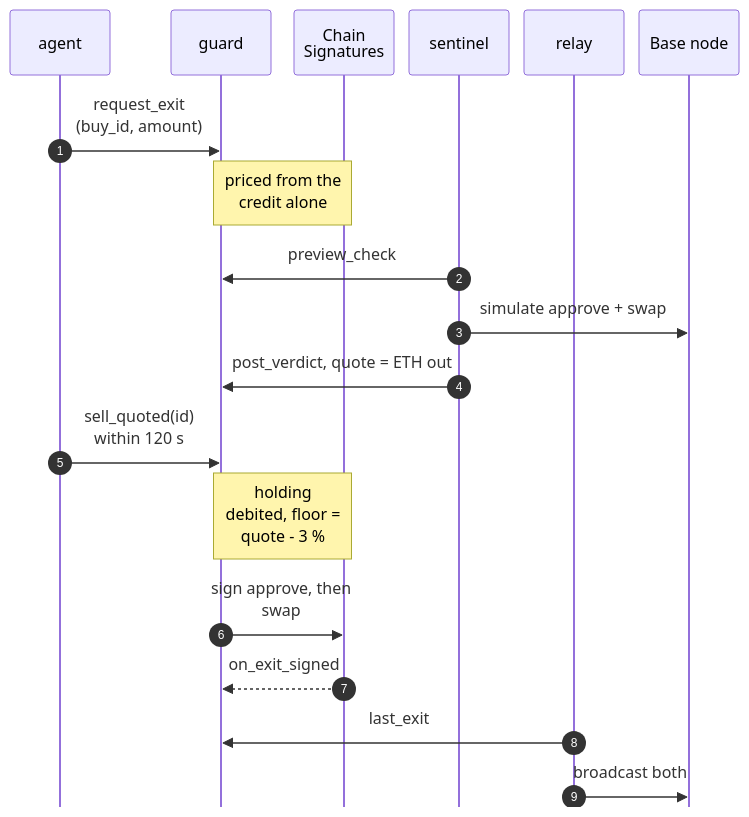
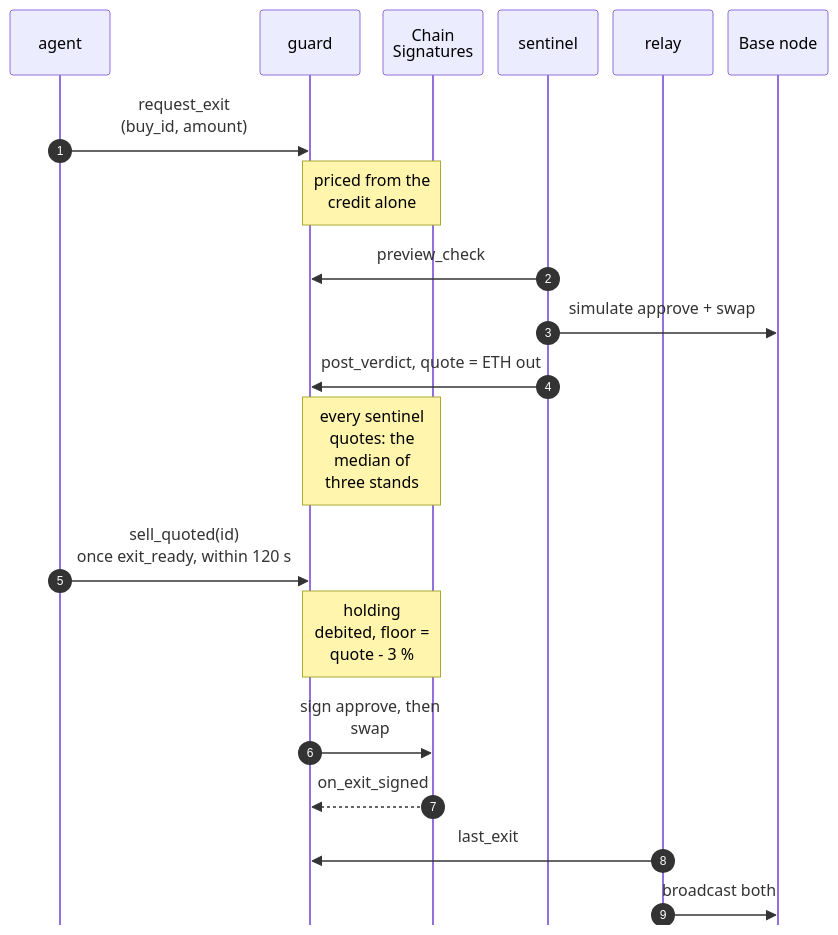
One commit to cmoron/near-preflight changed the third of 3 diagrams in docs/architecture.md. Above: the diagram before and after it, drawn with Mermaid. The commit also changed other lines of this file and 15 other files, not shown here.

````diff
--- a/docs/architecture.md
+++ b/docs/architecture.md
@@ -91,22 +91,23 @@
 ```mermaid
 %%{init: {"sequence": {"mirrorActors": false, "wrap": true, "width": 100, "actorMargin": 15, "messageFontSize": 15, "noteFontSize": 14, "actorFontSize": 15}}}%%
 sequenceDiagram
     autonumber
     participant A as agent
     participant G as guard
     participant M as Chain Signatures
     participant S as sentinel
     participant R as relay
     participant B as Base node
     A->>G: request_exit<br/>(buy_id, amount)
     Note over G,M: priced from the credit alone
     S->>G: preview_check
     S->>B: simulate approve + swap
     S->>G: post_verdict, quote = ETH out
-    A->>G: sell_quoted(id)<br/>within 120 s
+    Note over G,M: every sentinel quotes: the median of three stands
+    A->>G: sell_quoted(id)<br/>once exit_ready, within 120 s
     Note over G,M: holding debited, floor = quote - 3 %
     G->>M: sign approve, then swap
     M-->>G: on_exit_signed
     R->>G: last_exit
     R->>B: broadcast both
 ```
````
